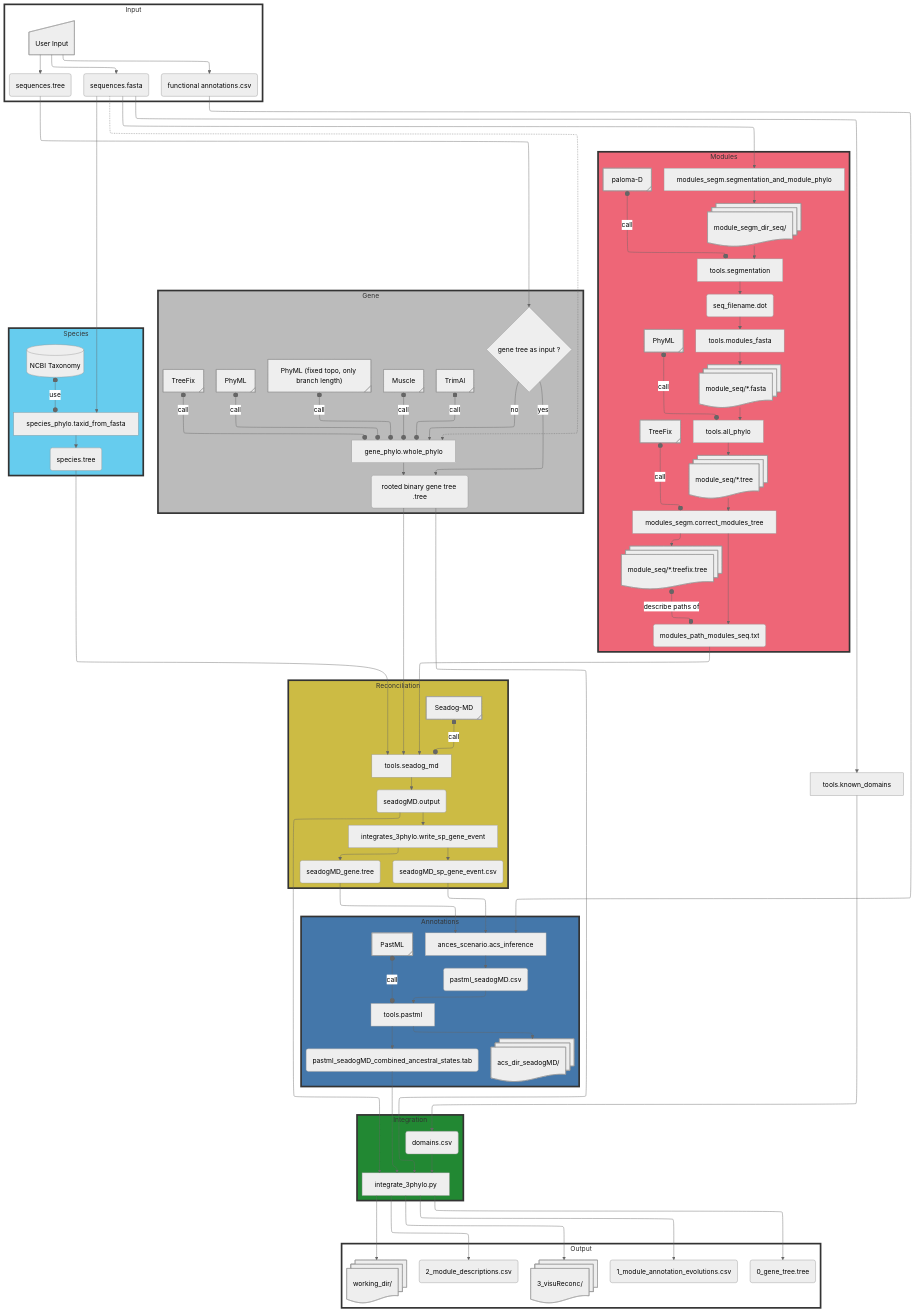
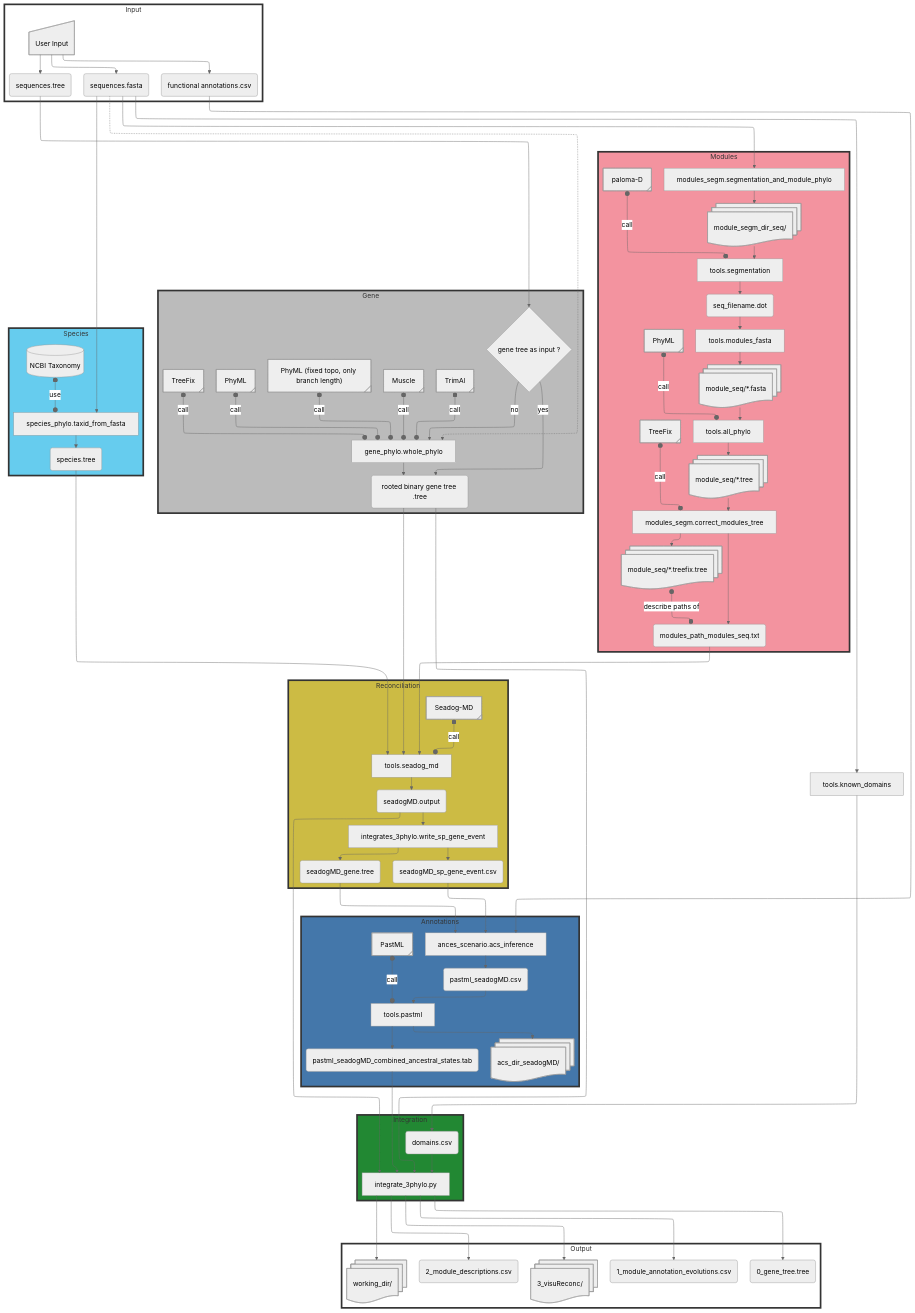
The diagram in README.md (OcMalde/fuse-phylotree), drawn with Mermaid before and after one commit.

Commit message:
readme mermaid test

```diff
--- a/README.md
+++ b/README.md
@@ -22,7 +22,7 @@
   layout: elk
   look: classic
   theme: neutral
-  fontSize: 40
+  fontSize: 30
 ---
 flowchart TB
 
@@ -50,7 +50,7 @@
 m10 --> m14(modules_path_modules_seq.txt)
 m13 o--o|describe paths of| m14
 end
-style Modules fill:#E67,stroke:#333,stroke-width:4px
+style Modules fill:#EE6677B3,stroke:#333,stroke-width:4px
 
 subgraph Gene
 B(sequences.tree) --> g1{gene tree as input ?}
```
